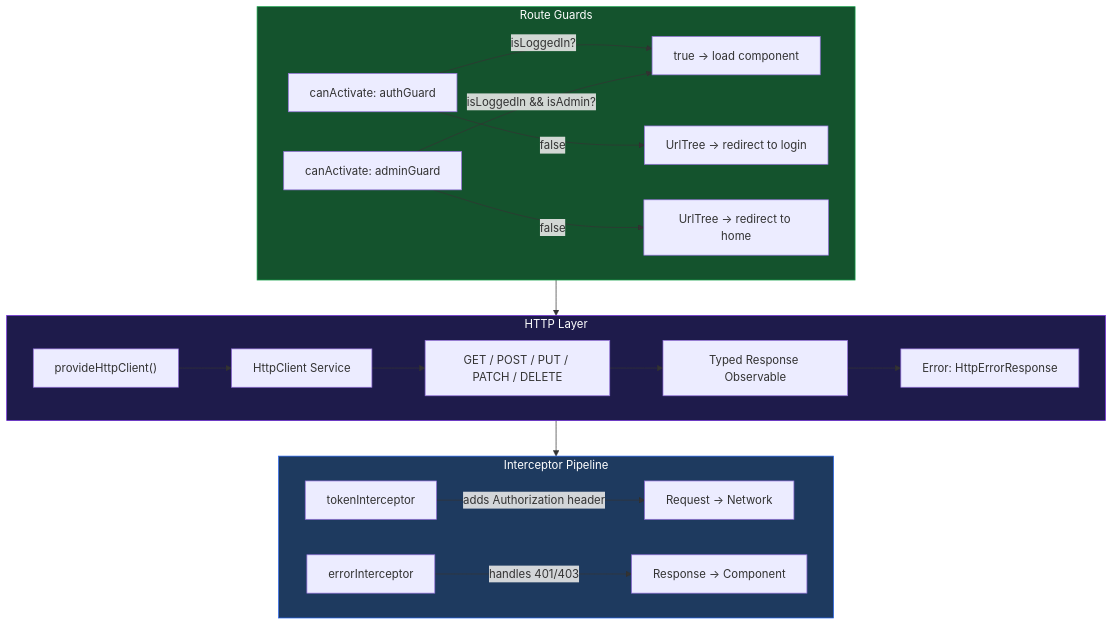
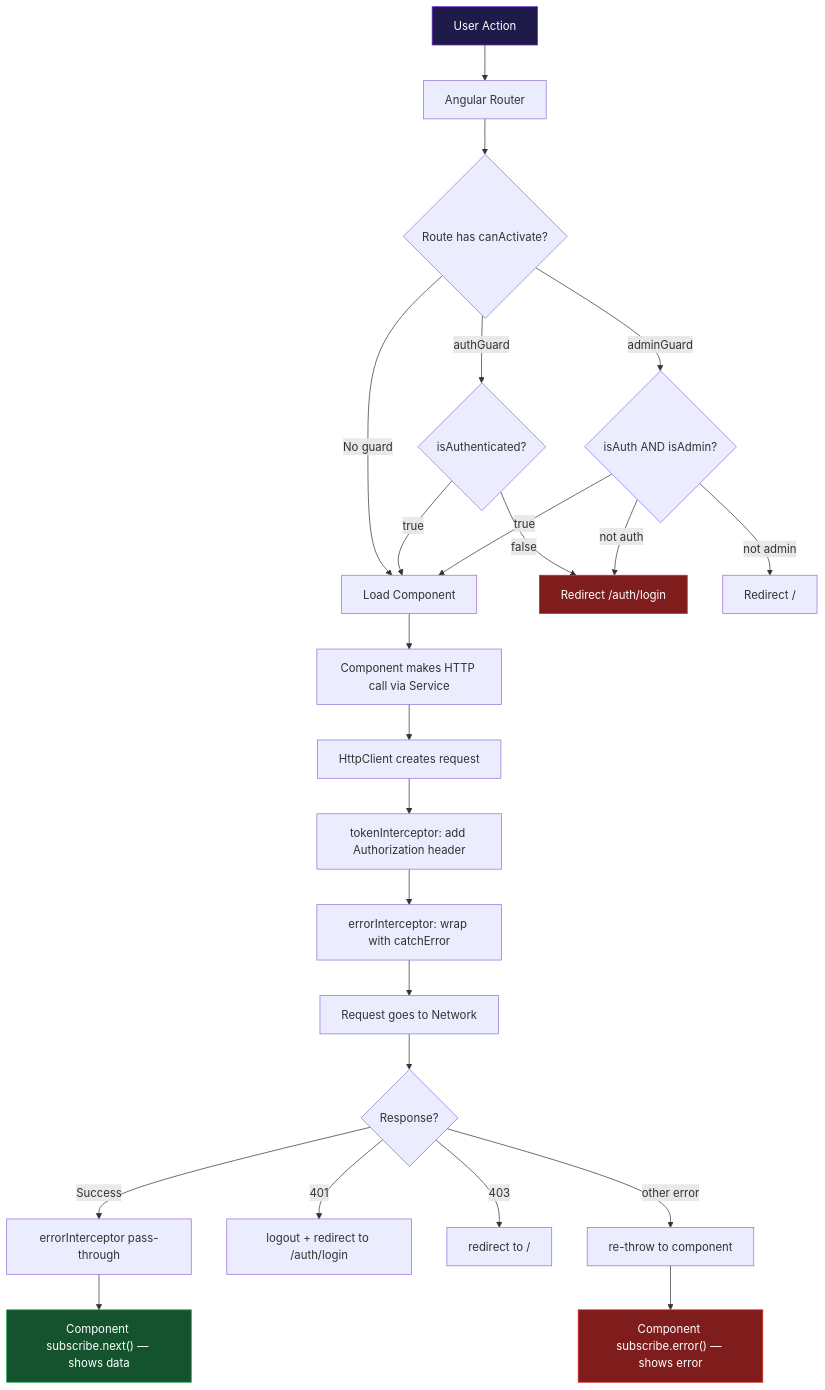
Before and after one commit to muhammad-khaled-tech/My-Study-Notes: the diagram in angular/new/05-Services-HTTP-Interceptors-Guards.md, drawn with Mermaid. The commit also changed other lines of this file and 3 other files, not shown here.

````diff
--- a/angular/new/05-Services-HTTP-Interceptors-Guards.md
+++ b/angular/new/05-Services-HTTP-Interceptors-Guards.md
@@ -1213,28 +1969,35 @@
 ```mermaid
 flowchart TD
-    subgraph HTTP["HTTP Layer"]
-        A["provideHttpClient()"] --> B["HttpClient Service"]
-        B --> C["GET / POST / PUT / PATCH / DELETE"]
-        C --> D["Typed Response Observable<T>"]
-        D --> E["Error: HttpErrorResponse"]
-    end
+    A["User Action"] --> B["Angular Router"]
+    B --> C{"Route has canActivate?"}
+    C -->|"No guard"| D["Load Component"]
+    C -->|"authGuard"| E{"isAuthenticated?"}
+    C -->|"adminGuard"| F{"isAuth AND isAdmin?"}
 
-    subgraph Interceptors["Interceptor Pipeline"]
-        F["tokenInterceptor"] -->|"adds Authorization header"| G["Request → Network"]
-        H["errorInterceptor"] -->|"handles 401/403"| I["Response → Component"]
-    end
+    E -->|"true"| D
+    E -->|"false"| G["Redirect /auth/login"]
 
-    subgraph Guards["Route Guards"]
-        J["canActivate: authGuard"] -->|"isLoggedIn?"| K["true → load component"]
-        J -->|"false"| L["UrlTree → redirect to login"]
-        M["canActivate: adminGuard"] -->|"isLoggedIn && isAdmin?"| K
-        M -->|"false"| N["UrlTree → redirect to home"]
-    end
+    F -->|"true"| D
+    F -->|"not auth"| G
+    F -->|"not admin"| H["Redirect /"]
 
-    HTTP --> Interceptors
-    Guards --> HTTP
+    D --> I["Component makes HTTP call via Service"]
+    I --> J["HttpClient creates request"]
+    J --> K["tokenInterceptor: add Authorization header"]
+    K --> L["errorInterceptor: wrap with catchError"]
+    L --> M["Request goes to Network"]
 
-    style HTTP fill:#1e1b4b,color:#fff,stroke:#6d28d9
-    style Interceptors fill:#1e3a5f,color:#fff,stroke:#2563eb
-    style Guards fill:#14532d,color:#fff,stroke:#16a34a
+    M --> N{"Response?"}
+    N -->|"Success"| O["errorInterceptor pass-through"]
+    N -->|"401"| P["logout + redirect to /auth/login"]
+    N -->|"403"| Q["redirect to /"]
+    N -->|"other error"| R["re-throw to component"]
+
+    O --> S["Component subscribe.next() — shows data"]
+    R --> T["Component subscribe.error() — shows error"]
+
+    style A fill:#1e1b4b,color:#fff,stroke:#6d28d9
+    style S fill:#14532d,color:#fff,stroke:#16a34a
+    style T fill:#7f1d1d,color:#fff,stroke:#dc2626
+    style G fill:#7f1d1d,color:#fff,stroke:#dc2626
 ```
````
